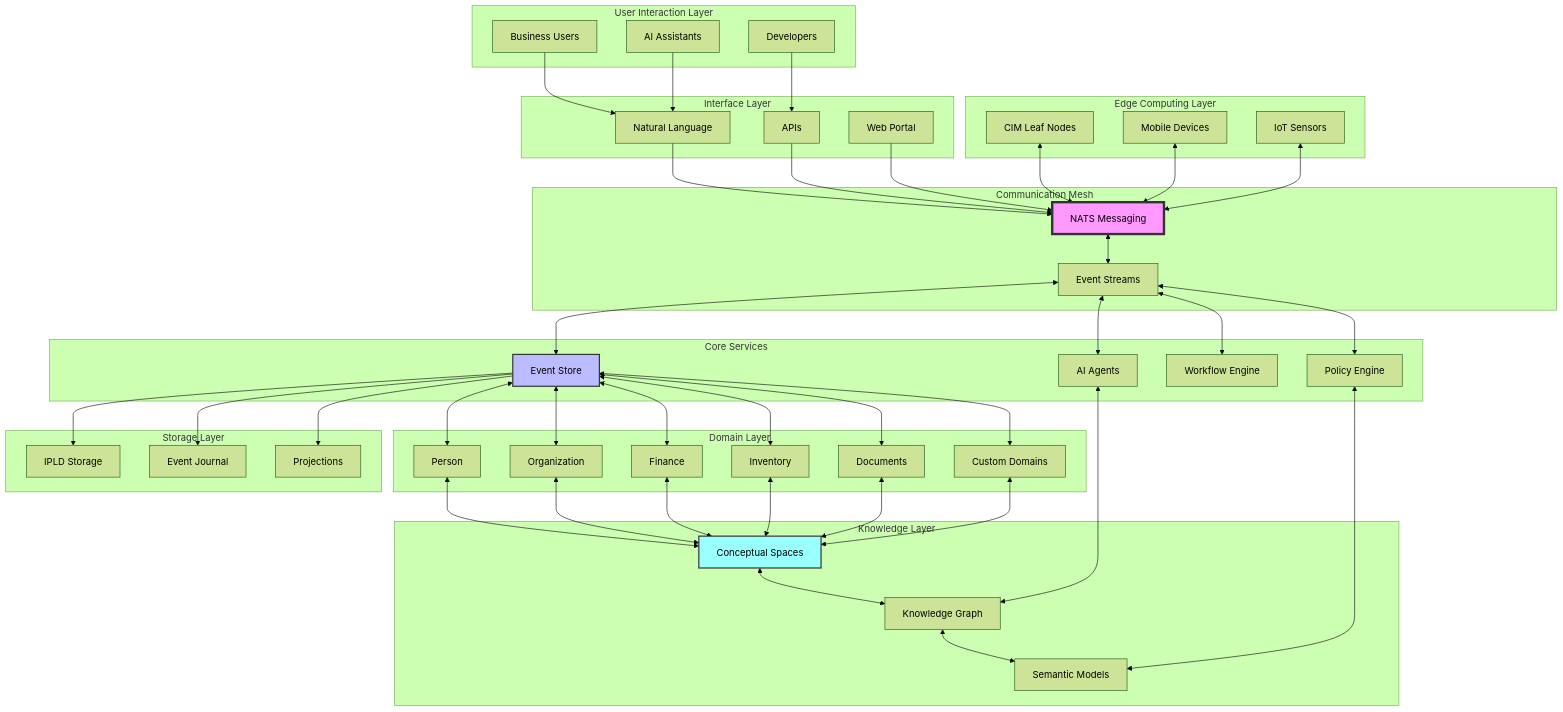
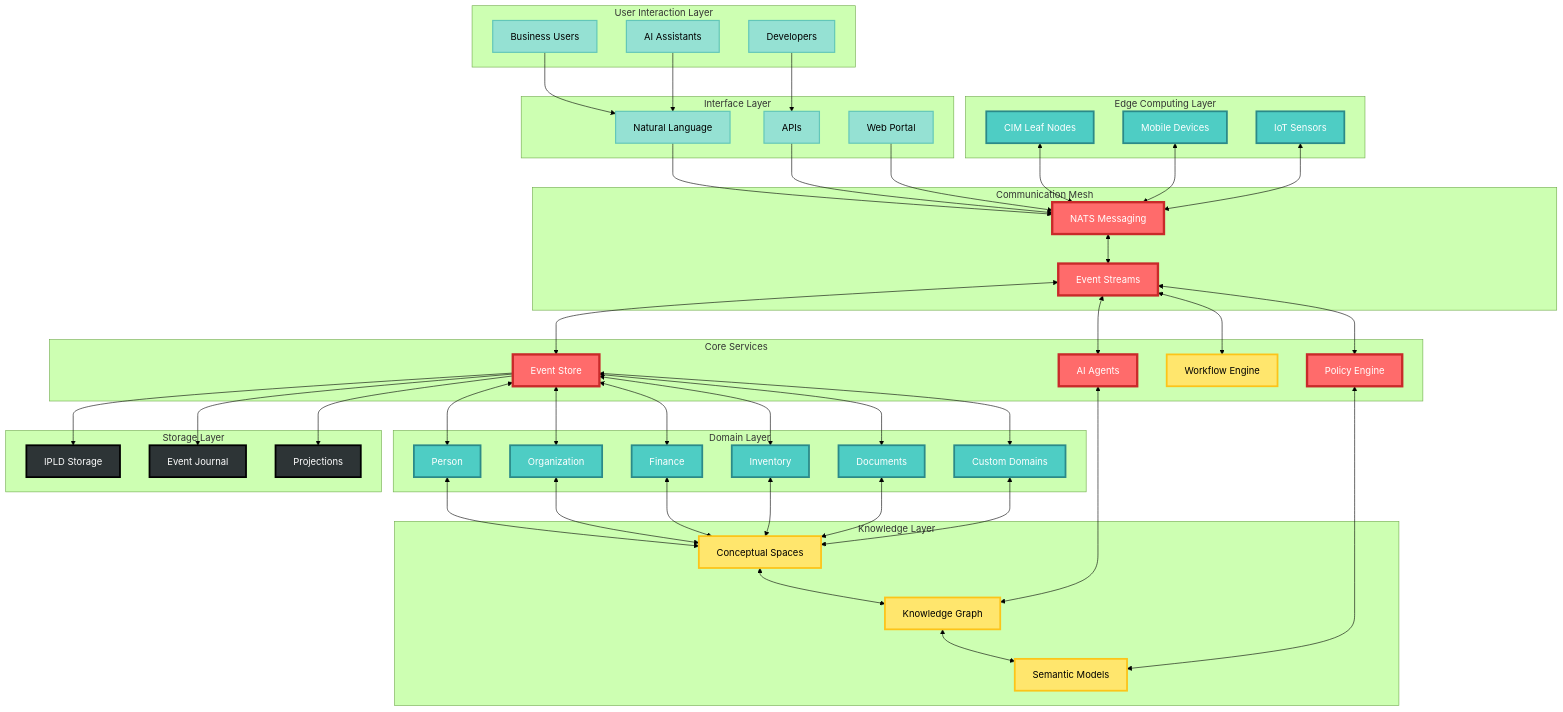
The eighth of 8 diagrams in readme.md (TheCowboyAI/cim), drawn with Mermaid (forest theme) before and after one commit. The commit also changed other lines of this file and 12 other files, not shown here.

````diff
--- a/readme.md
+++ b/readme.md
@@ -411,7 +494,32 @@
     CS4 <--> K2
     CS2 <--> K3
     
-    style N fill:#f9f,stroke:#333,stroke-width:4px
-    style K1 fill:#9ff,stroke:#333,stroke-width:2px
-    style CS1 fill:#bbf,stroke:#333,stroke-width:2px
+    %% Styling - complete ecosystem layers
+    style U1 fill:#95E1D3,stroke:#63C7B8,stroke-width:2px,color:#000
+    style U2 fill:#95E1D3,stroke:#63C7B8,stroke-width:2px,color:#000
+    style U3 fill:#95E1D3,stroke:#63C7B8,stroke-width:2px,color:#000
+    style I1 fill:#95E1D3,stroke:#63C7B8,stroke-width:2px,color:#000
+    style I2 fill:#95E1D3,stroke:#63C7B8,stroke-width:2px,color:#000
+    style I3 fill:#95E1D3,stroke:#63C7B8,stroke-width:2px,color:#000
+    style E1 fill:#4ECDC4,stroke:#2B8A89,stroke-width:3px,color:#FFF
+    style E2 fill:#4ECDC4,stroke:#2B8A89,stroke-width:3px,color:#FFF
+    style E3 fill:#4ECDC4,stroke:#2B8A89,stroke-width:3px,color:#FFF
+    style N fill:#FF6B6B,stroke:#C92A2A,stroke-width:4px,color:#FFF
+    style ES fill:#FF6B6B,stroke:#C92A2A,stroke-width:4px,color:#FFF
+    style CS1 fill:#FF6B6B,stroke:#C92A2A,stroke-width:4px,color:#FFF
+    style CS2 fill:#FF6B6B,stroke:#C92A2A,stroke-width:4px,color:#FFF
+    style CS3 fill:#FFE66D,stroke:#FCC419,stroke-width:3px,color:#000
+    style CS4 fill:#FF6B6B,stroke:#C92A2A,stroke-width:4px,color:#FFF
+    style D1 fill:#4ECDC4,stroke:#2B8A89,stroke-width:3px,color:#FFF
+    style D2 fill:#4ECDC4,stroke:#2B8A89,stroke-width:3px,color:#FFF
+    style D3 fill:#4ECDC4,stroke:#2B8A89,stroke-width:3px,color:#FFF
+    style D4 fill:#4ECDC4,stroke:#2B8A89,stroke-width:3px,color:#FFF
+    style D5 fill:#4ECDC4,stroke:#2B8A89,stroke-width:3px,color:#FFF
+    style D6 fill:#4ECDC4,stroke:#2B8A89,stroke-width:3px,color:#FFF
+    style K1 fill:#FFE66D,stroke:#FCC419,stroke-width:3px,color:#000
+    style K2 fill:#FFE66D,stroke:#FCC419,stroke-width:3px,color:#000
+    style K3 fill:#FFE66D,stroke:#FCC419,stroke-width:3px,color:#000
+    style S1 fill:#2D3436,stroke:#000,stroke-width:3px,color:#FFF
+    style S2 fill:#2D3436,stroke:#000,stroke-width:3px,color:#FFF
+    style S3 fill:#2D3436,stroke:#000,stroke-width:3px,color:#FFF
 ```
````
